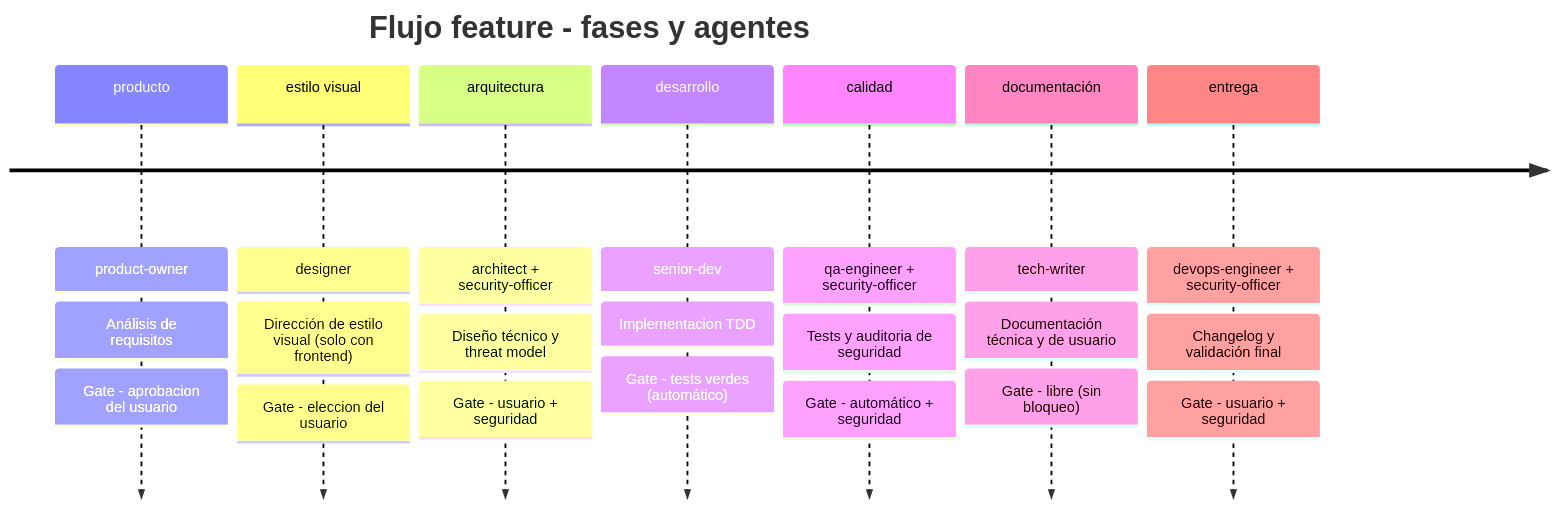
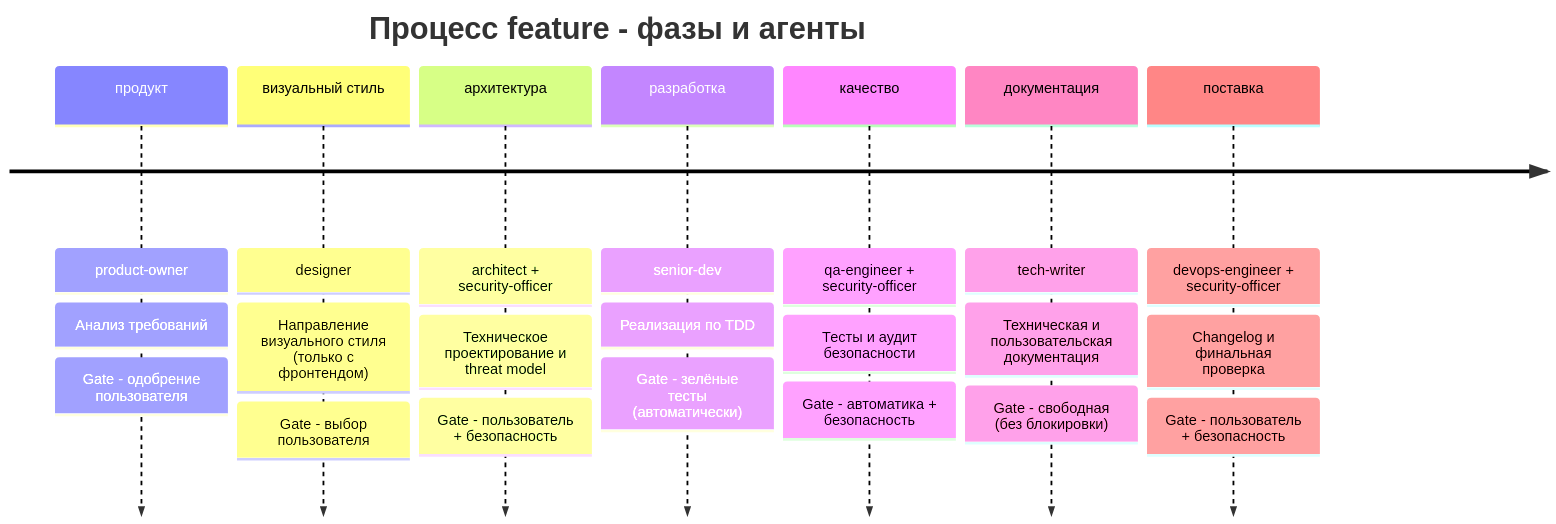
One commit to grigoriev/alfred-dev changed the diagram in docs/agents/README.md. Above: the diagram before and after it, drawn with Mermaid. The commit also changed other lines of this file and 119 other files, not shown here.

````diff
--- a/docs/agents/README.md
+++ b/docs/agents/README.md
@@ -27,32 +27,32 @@
 ```mermaid
 timeline
-    title Flujo feature - fases y agentes
-    producto
+    title Процесс feature - фазы и агенты
+    продукт
         : product-owner
-        : Análisis de requisitos
-        : Gate - aprobacion del usuario
-    estilo visual
+        : Анализ требований
+        : Gate - одобрение пользователя
+    визуальный стиль
         : designer
-        : Dirección de estilo visual (solo con frontend)
-        : Gate - eleccion del usuario
-    arquitectura
+        : Направление визуального стиля (только с фронтендом)
+        : Gate - выбор пользователя
+    архитектура
         : architect + security-officer
-        : Diseño técnico y threat model
-        : Gate - usuario + seguridad
-    desarrollo
+        : Техническое проектирование и threat model
+        : Gate - пользователь + безопасность
+    разработка
         : senior-dev
-        : Implementacion TDD
-        : Gate - tests verdes (automático)
-    calidad
+        : Реализация по TDD
+        : Gate - зелёные тесты (автоматически)
+    качество
         : qa-engineer + security-officer
-        : Tests y auditoria de seguridad
-        : Gate - automático + seguridad
-    documentación
+        : Тесты и аудит безопасности
+        : Gate - автоматика + безопасность
+    документация
         : tech-writer
-        : Documentación técnica y de usuario
-        : Gate - libre (sin bloqueo)
-    entrega
+        : Техническая и пользовательская документация
+        : Gate - свободная (без блокировки)
+    поставка
         : devops-engineer + security-officer
-        : Changelog y validación final
-        : Gate - usuario + seguridad
+        : Changelog и финальная проверка
+        : Gate - пользователь + безопасность
 ```
````
